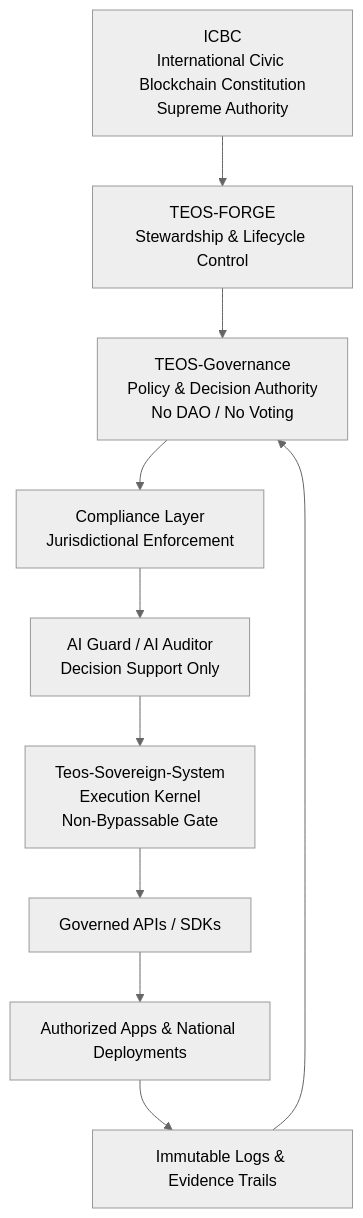
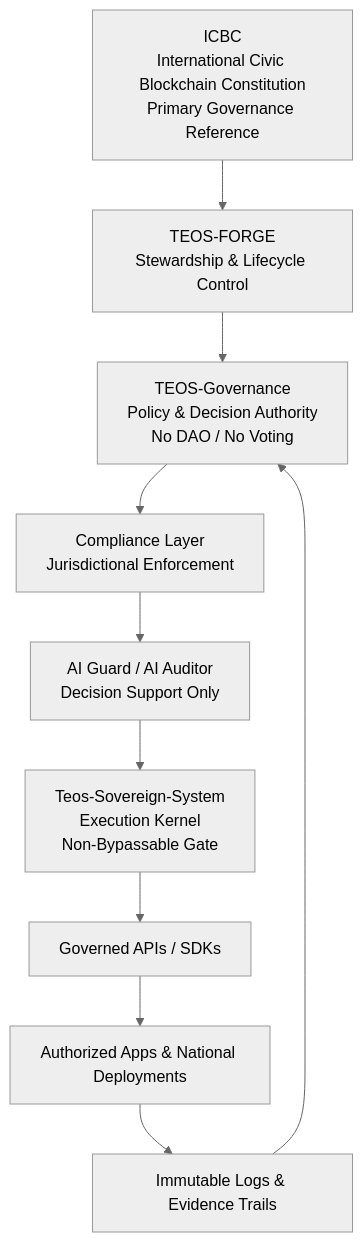
One commit to Elmahrosa/Teos-International-Civic-Blockchain-Constitution changed the diagram in docs/readiness/ICBC-Readiness-Report-2026.md. Above: the diagram before and after it, drawn with Mermaid (neutral theme). The commit also changed other lines of this file and 4 other files, not shown here.

````diff
--- a/docs/readiness/ICBC-Readiness-Report-2026.md
+++ b/docs/readiness/ICBC-Readiness-Report-2026.md
@@ -6,15 +6,15 @@
 ```mermaid
 flowchart TD
-  A[ICBC<br/>International Civic Blockchain Constitution<br/>Supreme Authority]
+  A[ICBC<br/>International Civic Blockchain Constitution<br/>Primary Governance Reference]
   B[TEOS-FORGE<br/>Stewardship & Lifecycle Control]
   C[TEOS-Governance<br/>Policy & Decision Authority<br/>No DAO / No Voting]
   D[Compliance Layer<br/>Jurisdictional Enforcement]
   E[AI Guard / AI Auditor<br/>Decision Support Only]
   F[Teos-Sovereign-System<br/>Execution Kernel<br/>Non-Bypassable Gate]
   G[Governed APIs / SDKs]
   H[Authorized Apps & National Deployments]
   I[Immutable Logs & Evidence Trails]
 
   A --> B --> C --> D --> E --> F --> G --> H --> I
   I --> C
 ```
````
